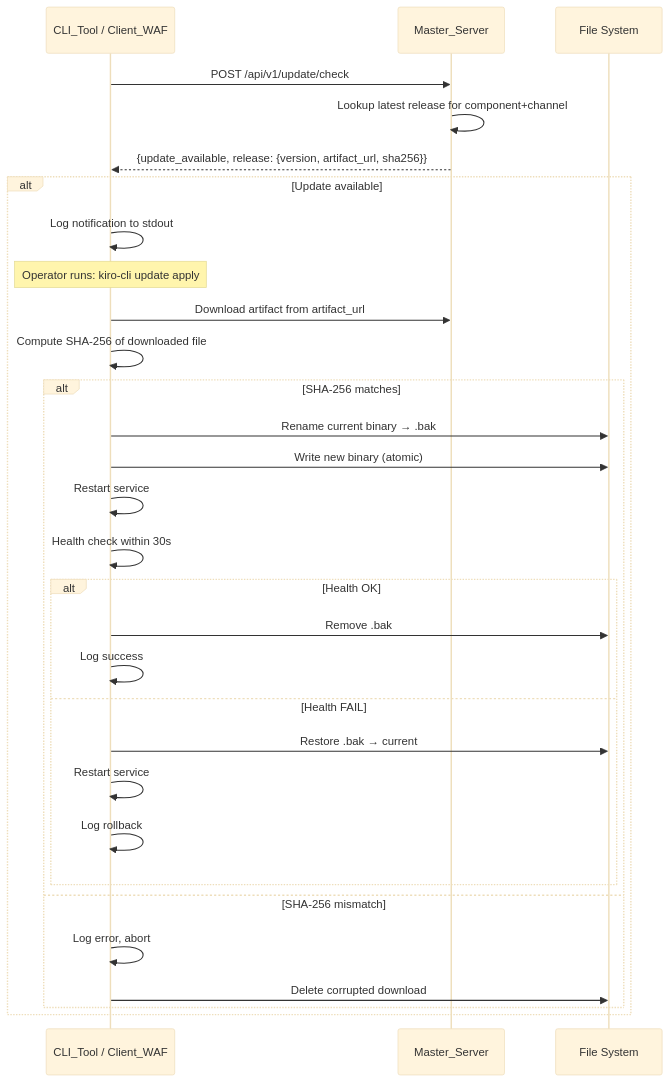
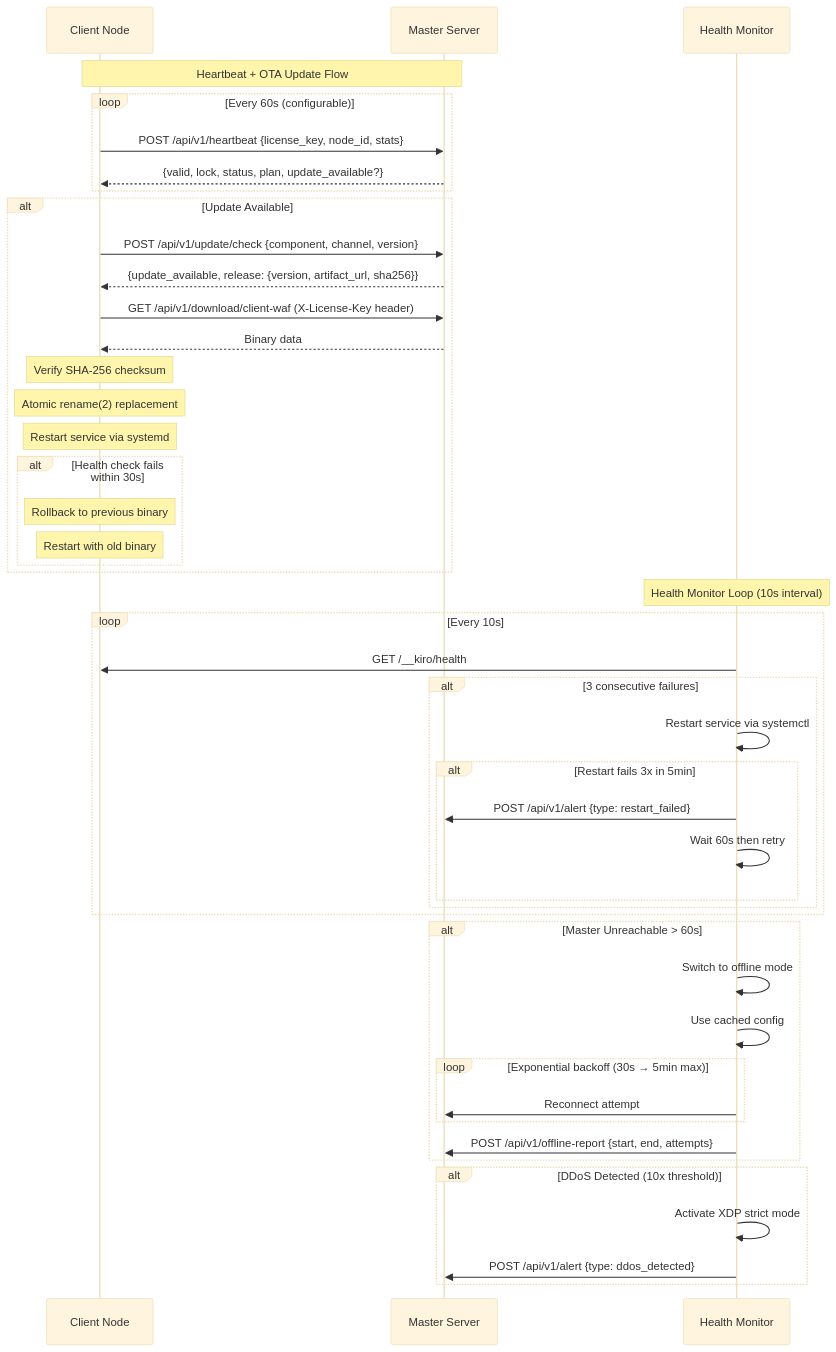
Before and after one commit to hoangtuvungcao/kiro_waf: the second of 5 diagrams in .kiro/specs/waf-system-overhaul/design.md, drawn with Mermaid (base theme). The commit also changed other lines of this file and 286 other files, not shown here.

First line of the commit message:
feat: WAF system overhaul - Community auto-register, docs restructure, deploy fixes

````diff
--- a/.kiro/specs/waf-system-overhaul/design.md
+++ b/.kiro/specs/waf-system-overhaul/design.md
@@ -480,34 +61,52 @@
 ```mermaid
 sequenceDiagram
-    participant CLI as CLI_Tool / Client_WAF
-    participant MS as Master_Server
-    participant FS as File System
+    participant C as Client Node
+    participant M as Master Server
+    participant H as Health Monitor
 
-    CLI->>MS: POST /api/v1/update/check
-    MS->>MS: Lookup latest release for component+channel
-    MS-->>CLI: {update_available, release: {version, artifact_url, sha256}}
+    Note over C,M: Heartbeat + OTA Update Flow
+    loop Every 60s (configurable)
+        C->>M: POST /api/v1/heartbeat {license_key, node_id, stats}
+        M-->>C: {valid, lock, status, plan, update_available?}
+    end
 
-    alt Update available
-        CLI->>CLI: Log notification to stdout
-        Note over CLI: Operator runs: kiro-cli update apply
-        CLI->>MS: Download artifact from artifact_url
-        CLI->>CLI: Compute SHA-256 of downloaded file
-        alt SHA-256 matches
-            CLI->>FS: Rename current binary → .bak
-            CLI->>FS: Write new binary (atomic)
-            CLI->>CLI: Restart service
-            CLI->>CLI: Health check within 30s
-            alt Health OK
-                CLI->>FS: Remove .bak
-                CLI->>CLI: Log success
-            else Health FAIL
-                CLI->>FS: Restore .bak → current
-                CLI->>CLI: Restart service
-                CLI->>CLI: Log rollback
-            end
-        else SHA-256 mismatch
-            CLI->>CLI: Log error, abort
-            CLI->>FS: Delete corrupted download
+    alt Update Available
+        C->>M: POST /api/v1/update/check {component, channel, version}
+        M-->>C: {update_available, release: {version, artifact_url, sha256}}
+        C->>M: GET /api/v1/download/client-waf (X-License-Key header)
+        M-->>C: Binary data
+        Note over C: Verify SHA-256 checksum
+        Note over C: Atomic rename(2) replacement
+        Note over C: Restart service via systemd
+        alt Health check fails within 30s
+            Note over C: Rollback to previous binary
+            Note over C: Restart with old binary
         end
     end
+
+    Note over H: Health Monitor Loop (10s interval)
+    loop Every 10s
+        H->>C: GET /__kiro/health
+        alt 3 consecutive failures
+            H->>H: Restart service via systemctl
+            alt Restart fails 3x in 5min
+                H->>M: POST /api/v1/alert {type: restart_failed}
+                H->>H: Wait 60s then retry
+            end
+        end
+    end
+
+    alt Master Unreachable > 60s
+        H->>H: Switch to offline mode
+        H->>H: Use cached config
+        loop Exponential backoff (30s → 5min max)
+            H->>M: Reconnect attempt
+        end
+        H->>M: POST /api/v1/offline-report {start, end, attempts}
+    end
+
+    alt DDoS Detected (10x threshold)
+        H->>H: Activate XDP strict mode
+        H->>M: POST /api/v1/alert {type: ddos_detected}
+    end
 ```
````
